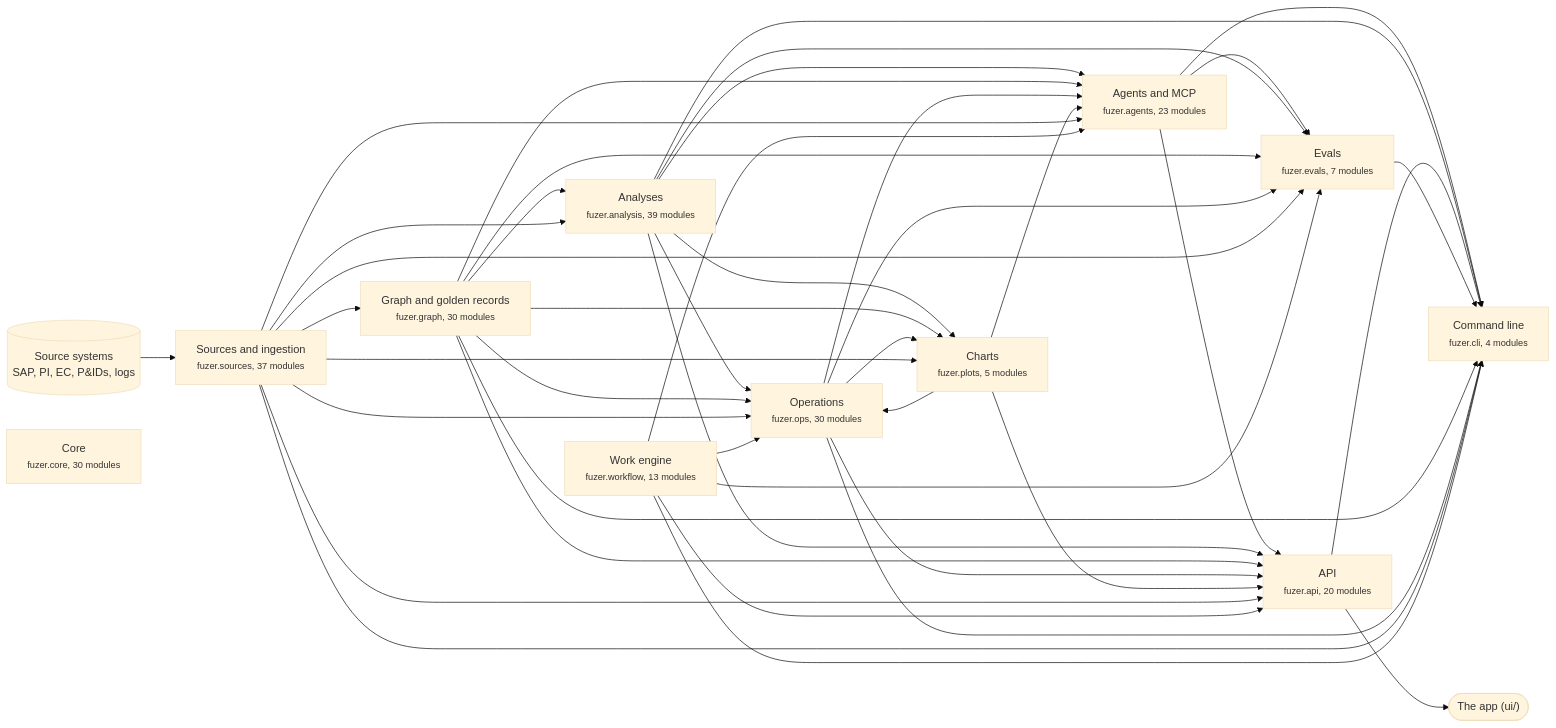
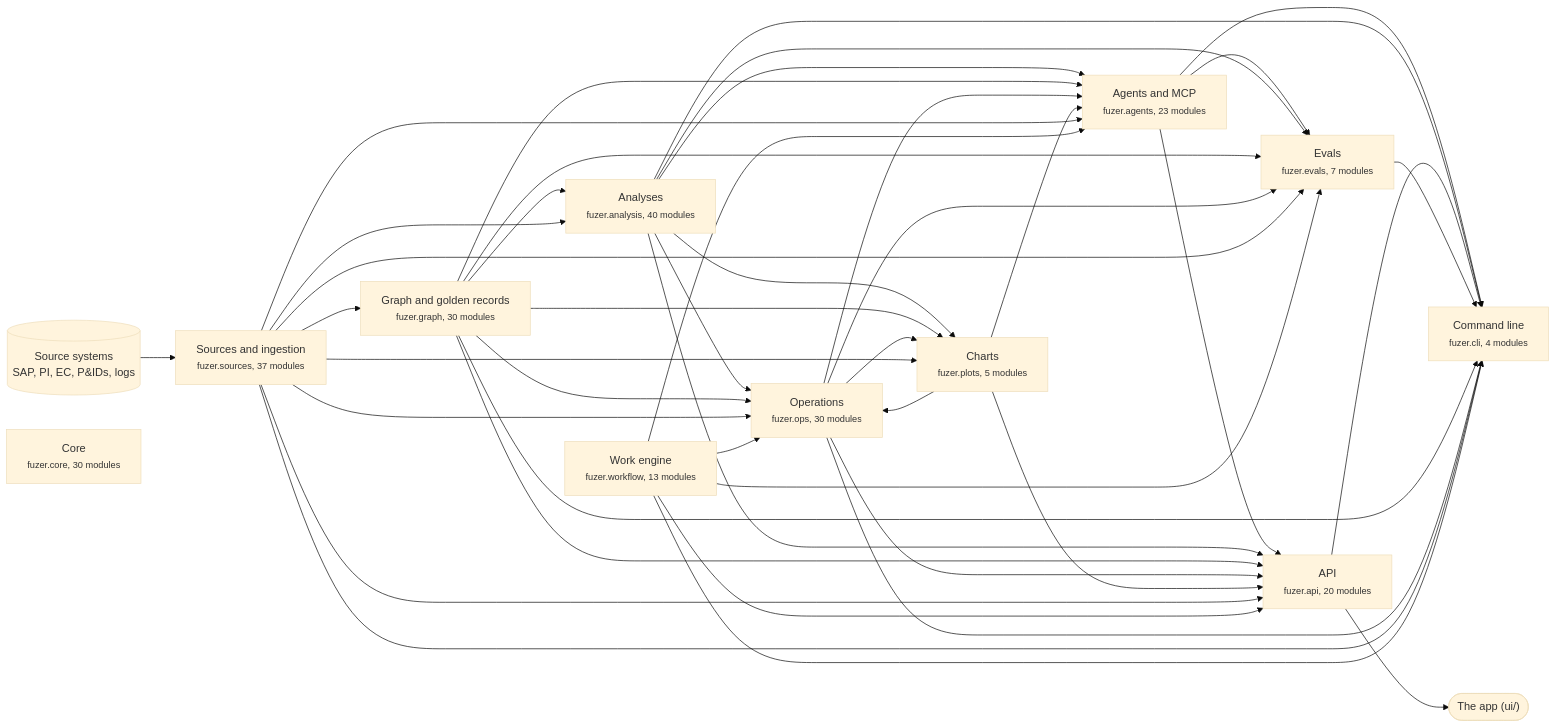
Before and after one commit to areed145/fuzer: the first of 3 diagrams in docs/architecture.md, drawn with Mermaid (base theme). The commit also changed other lines of this file and 11 other files, not shown here.

````diff
--- a/docs/architecture.md
+++ b/docs/architecture.md
@@ -8,67 +8,67 @@
 ```mermaid
 flowchart LR
   systems[("Source systems<br>SAP, PI, EC, P&IDs, logs")] --> c_sources
   app(["The app (ui/)"])
   c_api --> app
   c_sources["Sources and ingestion<br><small>fuzer.sources, 37 modules</small>"]
   c_graph["Graph and golden records<br><small>fuzer.graph, 30 modules</small>"]
-  c_analysis["Analyses<br><small>fuzer.analysis, 39 modules</small>"]
+  c_analysis["Analyses<br><small>fuzer.analysis, 40 modules</small>"]
   c_ops["Operations<br><small>fuzer.ops, 30 modules</small>"]
   c_plots["Charts<br><small>fuzer.plots, 5 modules</small>"]
   c_workflow["Work engine<br><small>fuzer.workflow, 13 modules</small>"]
   c_agents["Agents and MCP<br><small>fuzer.agents, 23 modules</small>"]
   c_evals["Evals<br><small>fuzer.evals, 7 modules</small>"]
   c_api["API<br><small>fuzer.api, 20 modules</small>"]
   c_cli["Command line<br><small>fuzer.cli, 4 modules</small>"]
   c_core["Core<br><small>fuzer.core, 30 modules</small>"]
   c_sources --> c_graph
   c_graph --> c_analysis
   c_sources --> c_analysis
   c_analysis --> c_ops
   c_graph --> c_ops
   c_plots --> c_ops
   c_sources --> c_ops
   c_workflow --> c_ops
   c_analysis --> c_plots
   c_graph --> c_plots
   c_ops --> c_plots
   c_sources --> c_plots
   c_analysis --> c_agents
   c_graph --> c_agents
   c_ops --> c_agents
   c_plots --> c_agents
   c_sources --> c_agents
   c_workflow --> c_agents
   c_agents --> c_evals
   c_analysis --> c_evals
   c_graph --> c_evals
   c_ops --> c_evals
   c_sources --> c_evals
   c_workflow --> c_evals
   c_agents --> c_api
   c_analysis --> c_api
   c_graph --> c_api
   c_ops --> c_api
   c_plots --> c_api
   c_sources --> c_api
   c_workflow --> c_api
   c_agents --> c_cli
   c_analysis --> c_cli
   c_api --> c_cli
   c_evals --> c_cli
   c_graph --> c_cli
   c_ops --> c_cli
   c_sources --> c_cli
   c_workflow --> c_cli
   click c_sources "https://github.com/areed145/fuzer/tree/main/src/fuzer/sources"
   click c_graph "https://github.com/areed145/fuzer/tree/main/src/fuzer/graph"
   click c_analysis "https://github.com/areed145/fuzer/tree/main/src/fuzer/analysis"
   click c_ops "https://github.com/areed145/fuzer/tree/main/src/fuzer/ops"
   click c_plots "https://github.com/areed145/fuzer/tree/main/src/fuzer/plots"
   click c_workflow "https://github.com/areed145/fuzer/tree/main/src/fuzer/workflow"
   click c_agents "https://github.com/areed145/fuzer/tree/main/src/fuzer/agents"
   click c_evals "https://github.com/areed145/fuzer/tree/main/src/fuzer/evals"
   click c_api "https://github.com/areed145/fuzer/tree/main/src/fuzer/api"
   click c_cli "https://github.com/areed145/fuzer/tree/main/src/fuzer/cli"
   click c_core "https://github.com/areed145/fuzer/tree/main/src/fuzer/core"
 ```
````
